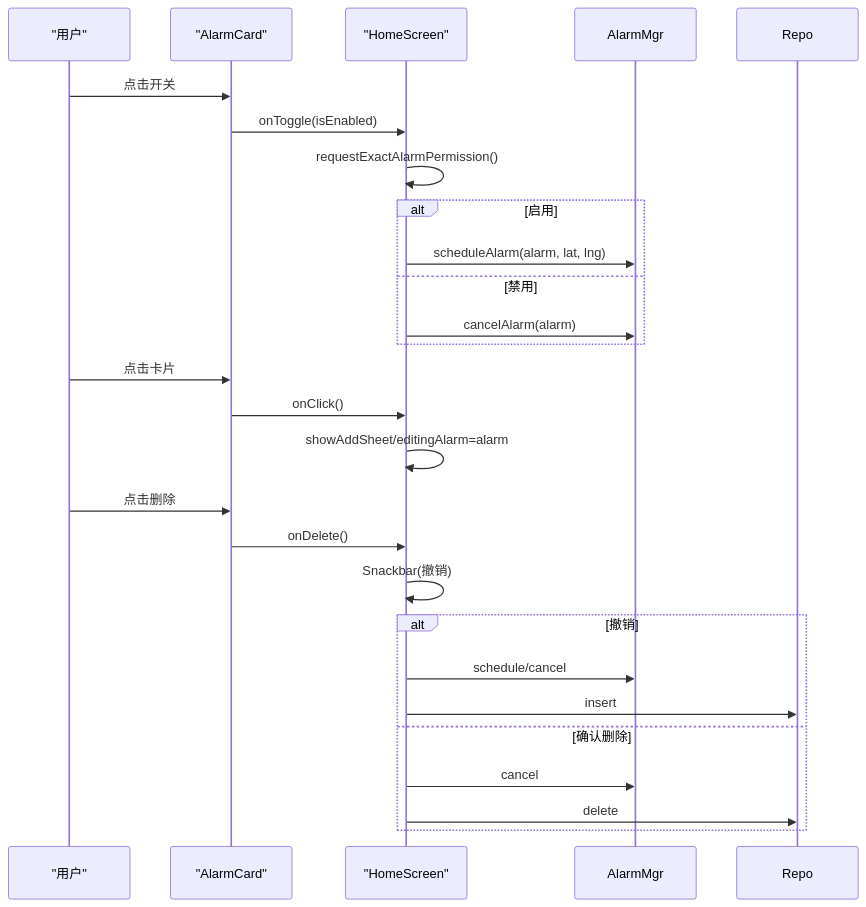
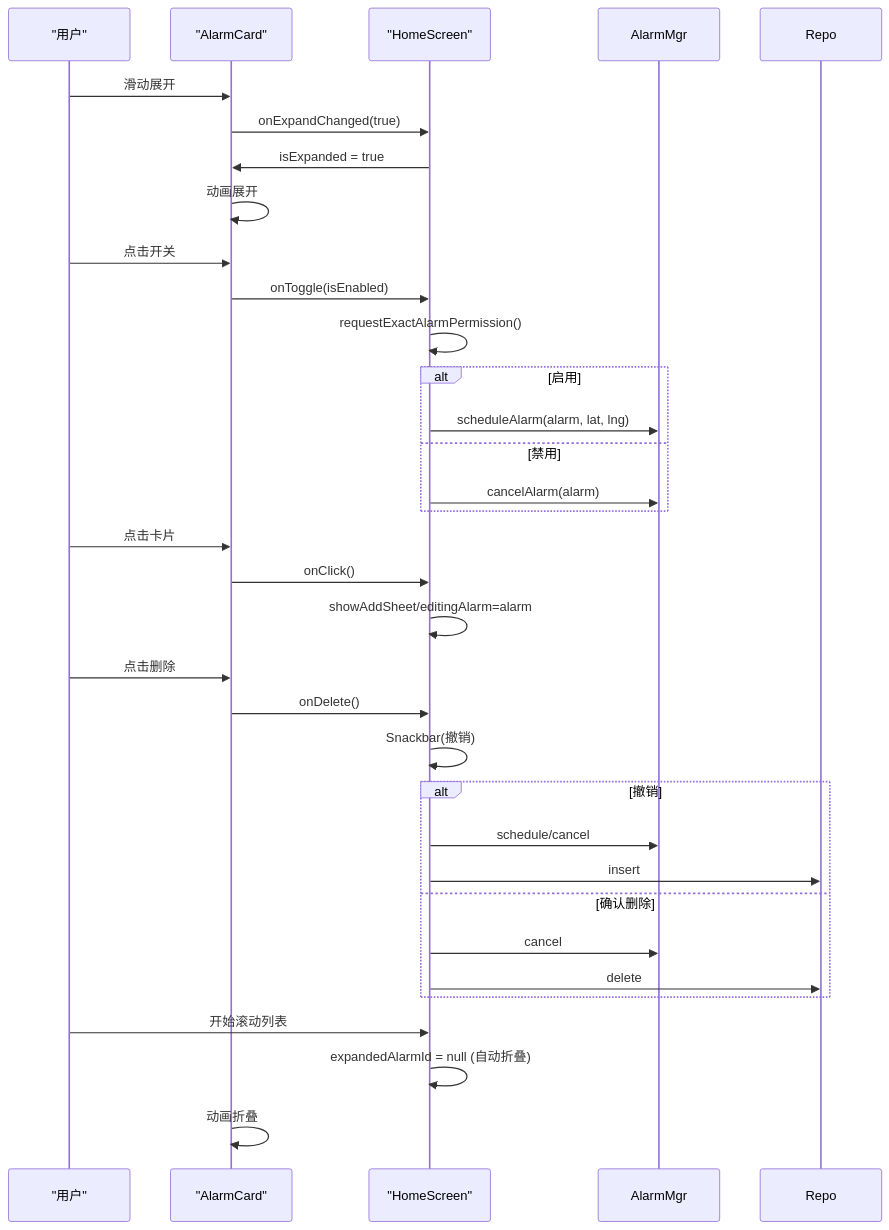
Before and after one commit to snuabar/Clock: the fifth of 7 diagrams in .qoder/repowiki/zh/content/核心功能/用户界面交互.md, drawn with Mermaid. The commit also changed other lines of this file and 3 other files, not shown here.

````diff
--- a/.qoder/repowiki/zh/content/核心功能/用户界面交互.md
+++ b/.qoder/repowiki/zh/content/核心功能/用户界面交互.md
@@ -208,27 +244,34 @@
 ```mermaid
 sequenceDiagram
 participant U as "用户"
 participant AC as "AlarmCard"
 participant HS as "HomeScreen"
+U->>AC : 滑动展开
+AC->>HS : onExpandChanged(true)
+HS->>AC : isExpanded = true
+AC->>AC : 动画展开
 U->>AC : 点击开关
 AC->>HS : onToggle(isEnabled)
 HS->>HS : requestExactAlarmPermission()
 alt 启用
 HS->>AlarmMgr : scheduleAlarm(alarm, lat, lng)
 else 禁用
 HS->>AlarmMgr : cancelAlarm(alarm)
 end
 U->>AC : 点击卡片
 AC->>HS : onClick()
 HS->>HS : showAddSheet/editingAlarm=alarm
 U->>AC : 点击删除
 AC->>HS : onDelete()
 HS->>HS : Snackbar(撤销)
 alt 撤销
 HS->>AlarmMgr : schedule/cancel
 HS->>Repo : insert
 else 确认删除
 HS->>AlarmMgr : cancel
 HS->>Repo : delete
 end
+U->>HS : 开始滚动列表
+HS->>HS : expandedAlarmId = null (自动折叠)
+AC->>AC : 动画折叠
 ```
````
